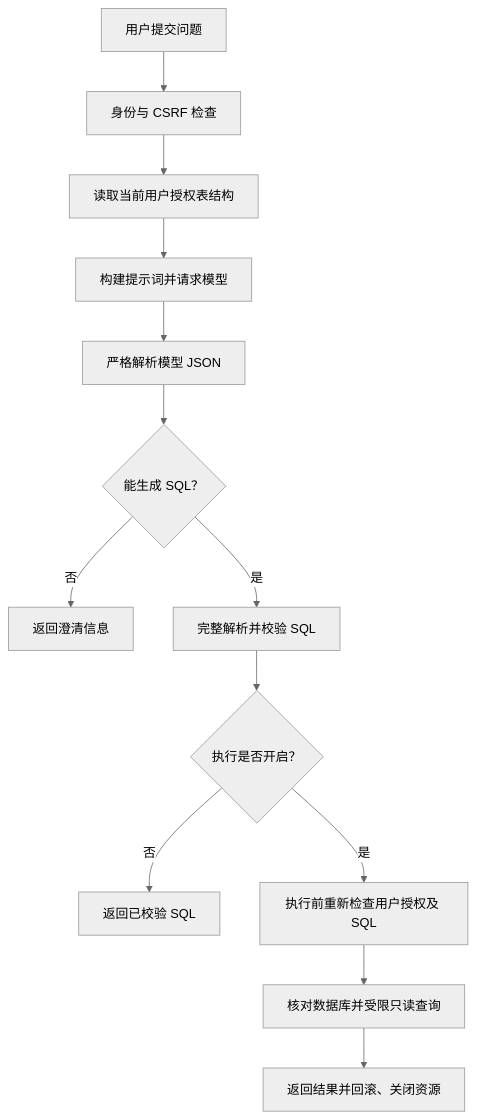
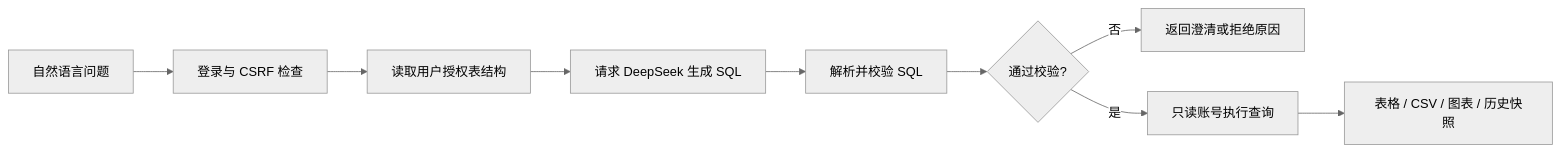
The diagram in README.md (abigmelon/SQLFINDER), drawn with Mermaid (neutral theme) before and after one commit. The commit also changed other lines of this file, not shown here.

````diff
--- a/README.md
+++ b/README.md
@@ -26,15 +27,11 @@
 ```mermaid
-flowchart TD
-    A[用户提交问题] --> B[身份与 CSRF 检查]
-    B --> C[读取当前用户授权表结构]
-    C --> D[构建提示词并请求模型]
-    D --> E[严格解析模型 JSON]
-    E --> F{能生成 SQL？}
-    F -->|否| G[返回澄清信息]
-    F -->|是| H[完整解析并校验 SQL]
-    H --> I{执行是否开启？}
-    I -->|否| J[返回已校验 SQL]
-    I -->|是| K[执行前重新检查用户授权及 SQL]
-    K --> L[核对数据库并受限只读查询]
-    L --> M[返回结果并回滚、关闭资源]
+flowchart LR
+    A[自然语言问题] --> B[登录与 CSRF 检查]
+    B --> C[读取用户授权表结构]
+    C --> D[请求 DeepSeek 生成 SQL]
+    D --> E[解析并校验 SQL]
+    E --> F{通过校验?}
+    F -->|否| G[返回澄清或拒绝原因]
+    F -->|是| H[只读账号执行查询]
+    H --> I[表格 / CSV / 图表 / 历史快照]
 ```
````
